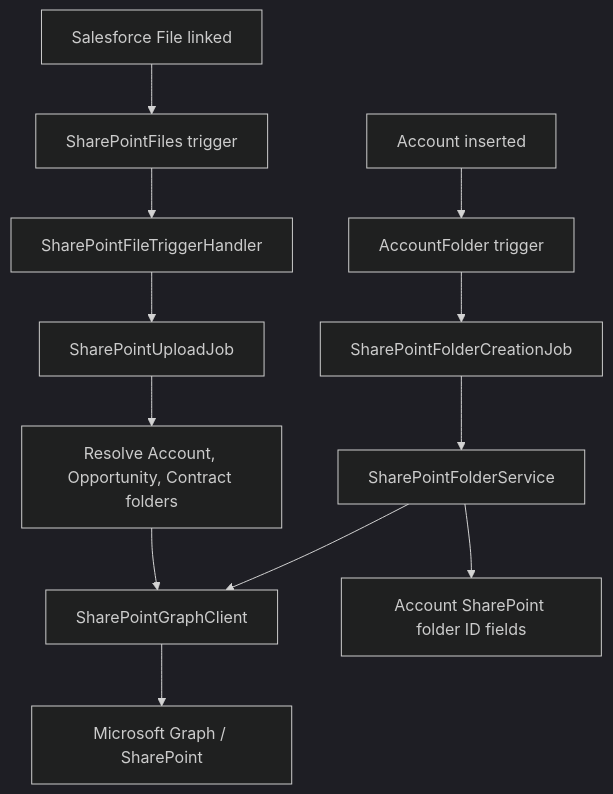
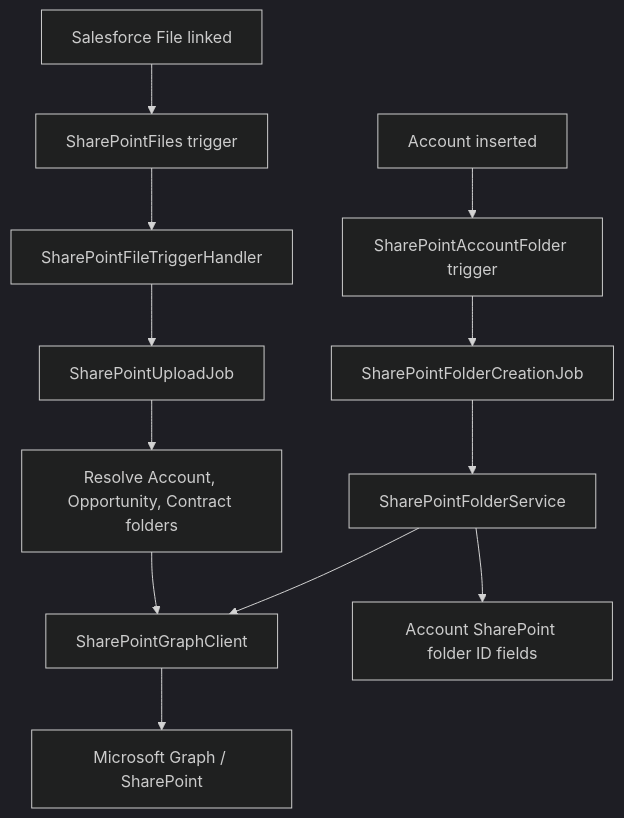
One commit to Princi123sharma/Asychem changed the diagram in docs/salesforce-sharepoint-integration.md. Above: the diagram before and after it, drawn with Mermaid (dark theme). The commit also changed other lines of this file and 8 other files, not shown here.

````diff
--- a/docs/salesforce-sharepoint-integration.md
+++ b/docs/salesforce-sharepoint-integration.md
@@ -18,15 +18,15 @@
 ```mermaid
 flowchart TD
-    A[Account inserted] --> B[AccountFolder trigger]
+    A[Account inserted] --> B[SharePointAccountFolder trigger]
     B --> C[SharePointFolderCreationJob]
     C --> D[SharePointFolderService]
     D --> E[SharePointGraphClient]
     E --> F[Microsoft Graph / SharePoint]
     D --> G[Account SharePoint folder ID fields]
 
     H[Salesforce File linked] --> I[SharePointFiles trigger]
     I --> J[SharePointFileTriggerHandler]
     J --> K[SharePointUploadJob]
     K --> L[Resolve Account, Opportunity, Contract folders]
     L --> E
 ```
````
